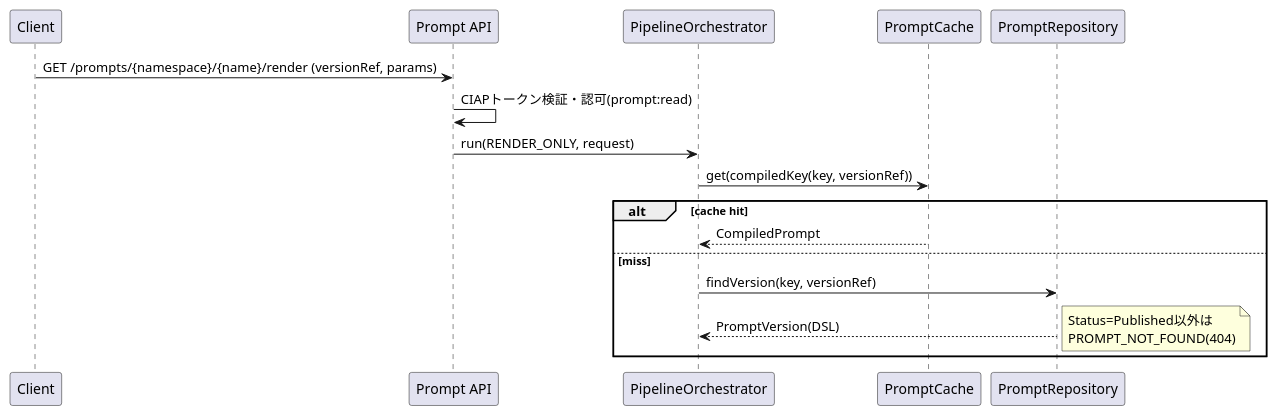
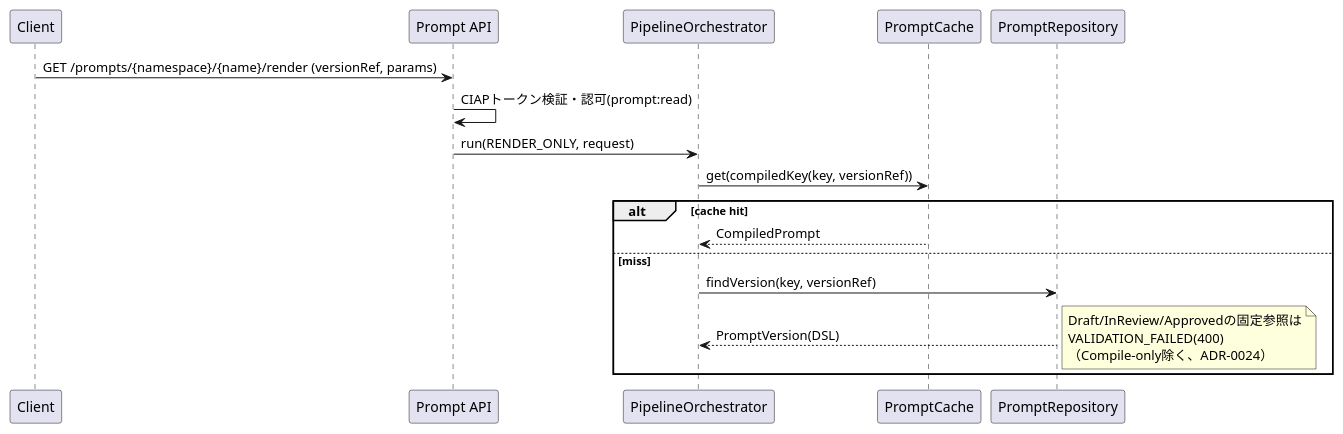
Before and after one commit to io0323/prompt-engine: the first of 17 diagrams in docs/PromptEngine_設計書.md, drawn with PlantUML. The commit also changed other lines of this file and 36 other files, not shown here.

````diff
--- a/docs/PromptEngine_設計書.md
+++ b/docs/PromptEngine_設計書.md
@@ -685,20 +685,20 @@
 ```plantuml
 @startuml
 participant Client
 participant "Prompt API" as API
 participant "PipelineOrchestrator" as PO
 participant "PromptCache" as Cache
 participant "PromptRepository" as Repo
 Client -> API : GET /prompts/{namespace}/{name}/render (versionRef, params)
 API -> API : CIAPトークン検証・認可(prompt:read)
 API -> PO : run(RENDER_ONLY, request)
 PO -> Cache : get(compiledKey(key, versionRef))
 alt cache hit
   Cache --> PO : CompiledPrompt
 else miss
   PO -> Repo : findVersion(key, versionRef)
   Repo --> PO : PromptVersion(DSL)
-  note right : Status=Published以外は\nPROMPT_NOT_FOUND(404)
+  note right : Draft/InReview/Approvedの固定参照は\nVALIDATION_FAILED(400)\n（Compile-only除く、ADR-0024）
 end
 @enduml
 ```
````
